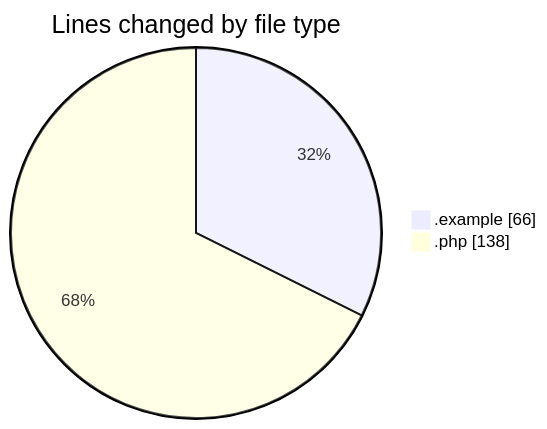
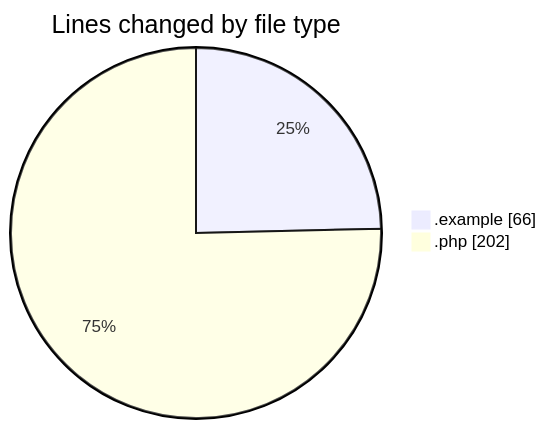
The first of 2 diagrams in 2025-04-10/booking-studio/README.md (idhammustaqopulfikri/code-tracking), drawn with Mermaid before and after one commit. The commit also changed other lines of this file and 1 other file, not shown here.

````diff
--- a/2025-04-10/booking-studio/README.md
+++ b/2025-04-10/booking-studio/README.md
@@ -24,6 +26,6 @@
 ```mermaid
 pie showData
 title Lines changed by file type
 ".example" : 66
-".php" : 138
+".php" : 202
 ```
````
